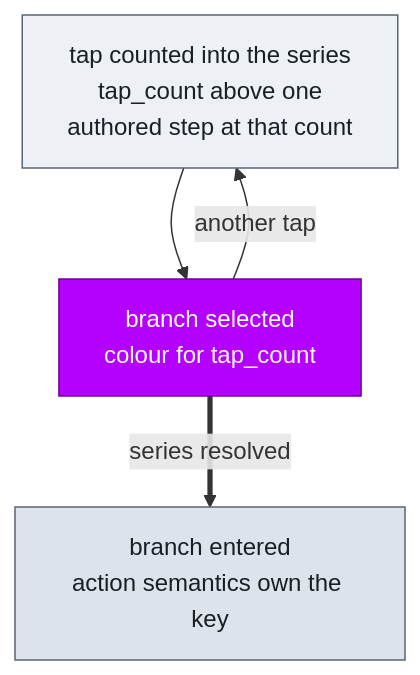
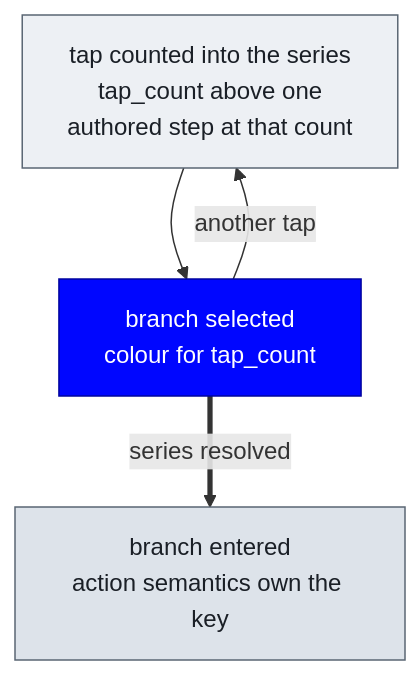
The third of 5 diagrams in docs/RGB_IMPLEMENTATION.md (NoahCLR/charybdis-4x6), drawn with Mermaid before and after one commit. The commit also changed other lines of this file and 9 other files, not shown here.

````diff
--- a/docs/RGB_IMPLEMENTATION.md
+++ b/docs/RGB_IMPLEMENTATION.md
@@ -84,11 +84,11 @@
 ```mermaid
 flowchart TD
     T["tap counted into the series<br>tap_count above one<br>authored step at that count"]
     T --> P["branch selected<br>colour for tap_count"]
     P -->|"another tap"| T
     P ==>|"series resolved"| Q["branch entered<br>action semantics own the key"]
 
     style T fill:#EDF0F4,stroke:#5A6673,color:#1A1F26
-    style P fill:#B400FF,stroke:#6E0099,color:#FFFFFF
+    style P fill:#0006FF,stroke:#00049E,color:#FFFFFF
     style Q fill:#DDE3EA,stroke:#5A6673,color:#1A1F26
 ```
````
